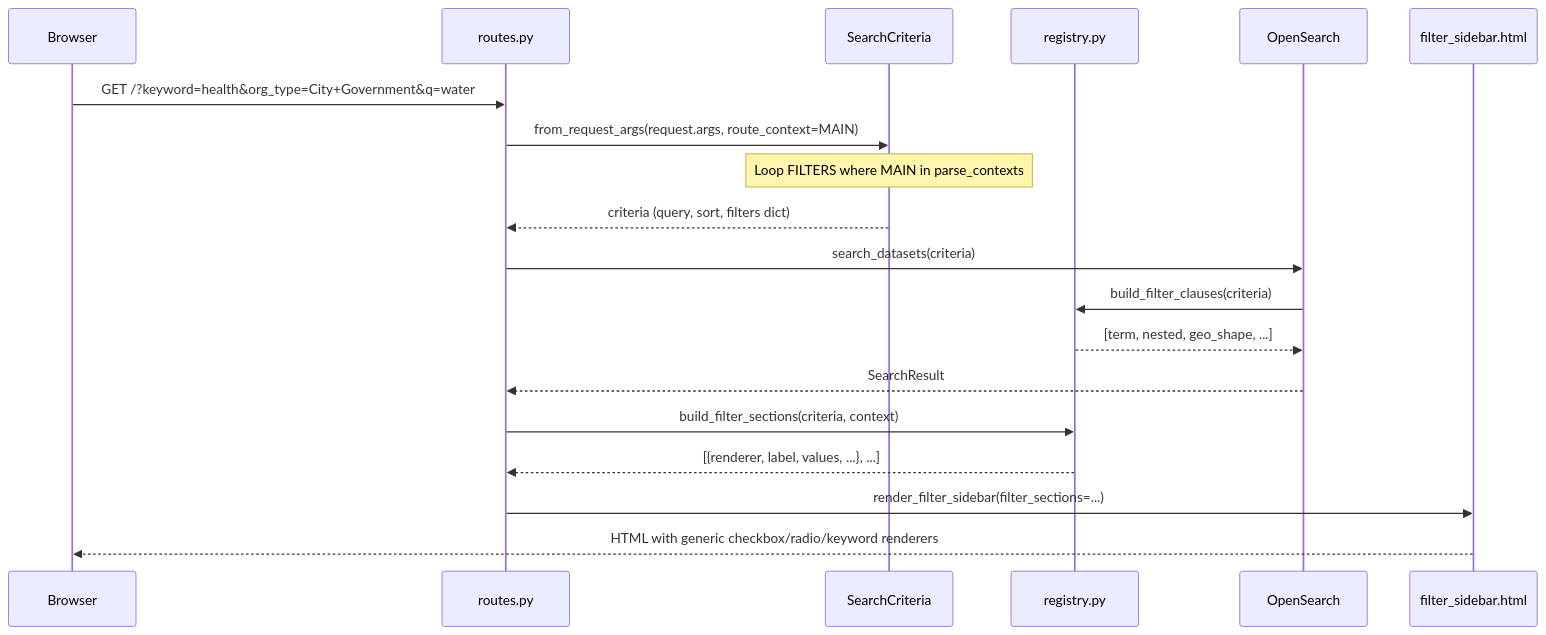
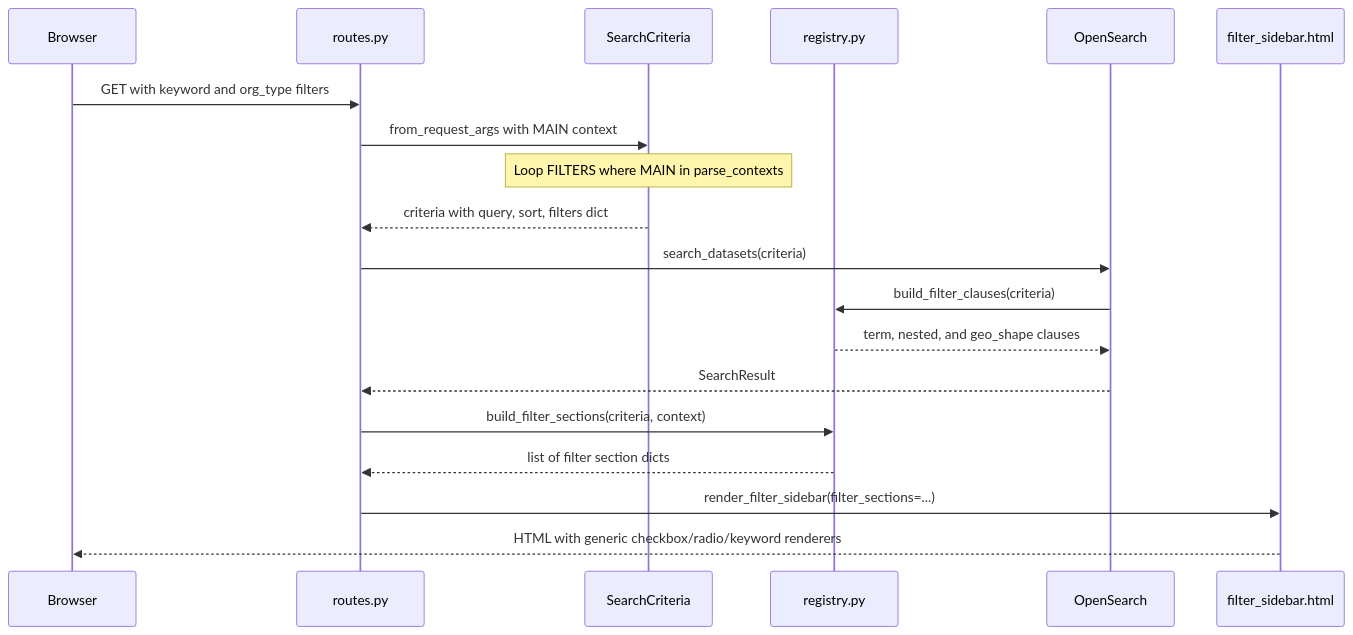
Before and after one commit to GSA/datagov-catalog: the second of 7 diagrams in docs/search-filters-walkthrough.md, drawn with Mermaid. The commit also changed other lines of this file, not shown here.

First line of the commit message:
Fix Mermaid syntax in search filters walkthrough.

````diff
--- a/docs/search-filters-walkthrough.md
+++ b/docs/search-filters-walkthrough.md
@@ -156,24 +156,24 @@
 ```mermaid
 sequenceDiagram
     participant Browser
     participant Route as routes.py
     participant Criteria as SearchCriteria
     participant Registry as registry.py
     participant DB as OpenSearch
     participant Template as filter_sidebar.html
 
-    Browser->>Route: GET /?keyword=health&org_type=City+Government&q=water
-    Route->>Criteria: from_request_args(request.args, route_context=MAIN)
+    Browser->>Route: GET with keyword and org_type filters
+    Route->>Criteria: from_request_args with MAIN context
     Note over Criteria: Loop FILTERS where MAIN in parse_contexts
-    Criteria-->>Route: criteria (query, sort, filters dict)
+    Criteria-->>Route: criteria with query, sort, filters dict
 
     Route->>DB: search_datasets(criteria)
     DB->>Registry: build_filter_clauses(criteria)
-    Registry-->>DB: [term, nested, geo_shape, ...]
+    Registry-->>DB: term, nested, and geo_shape clauses
     DB-->>Route: SearchResult
 
     Route->>Registry: build_filter_sections(criteria, context)
-    Registry-->>Route: [{renderer, label, values, ...}, ...]
+    Registry-->>Route: list of filter section dicts
     Route->>Template: render_filter_sidebar(filter_sections=...)
     Template-->>Browser: HTML with generic checkbox/radio/keyword renderers
 ```
````
